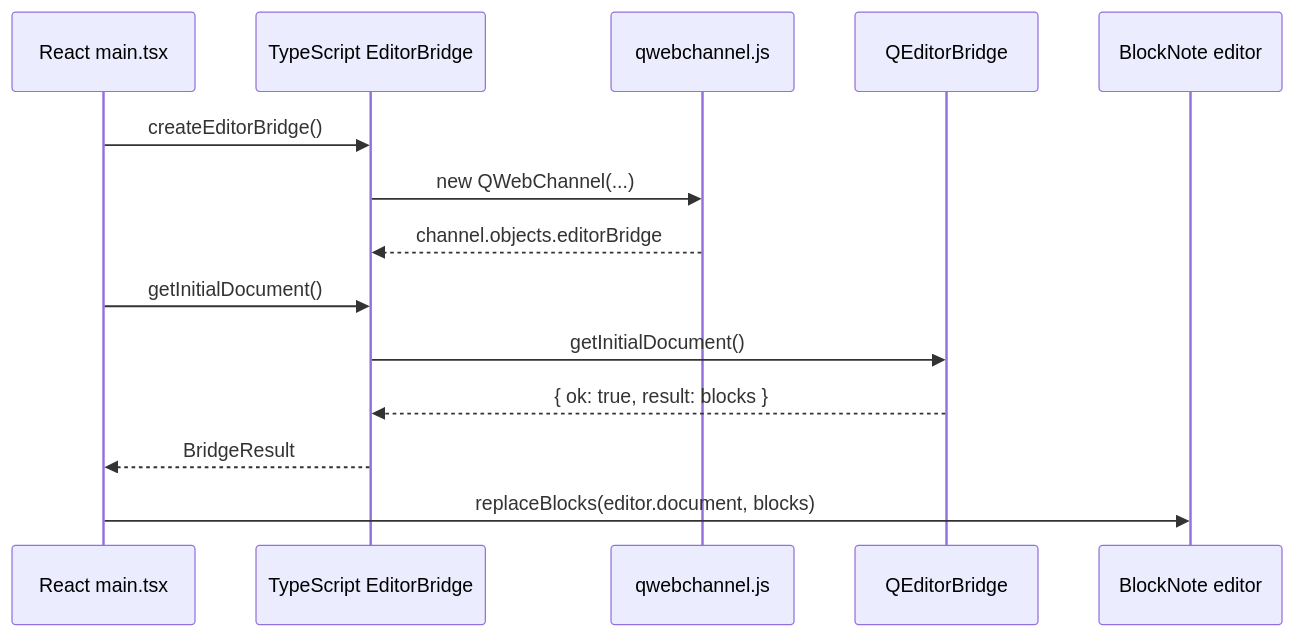
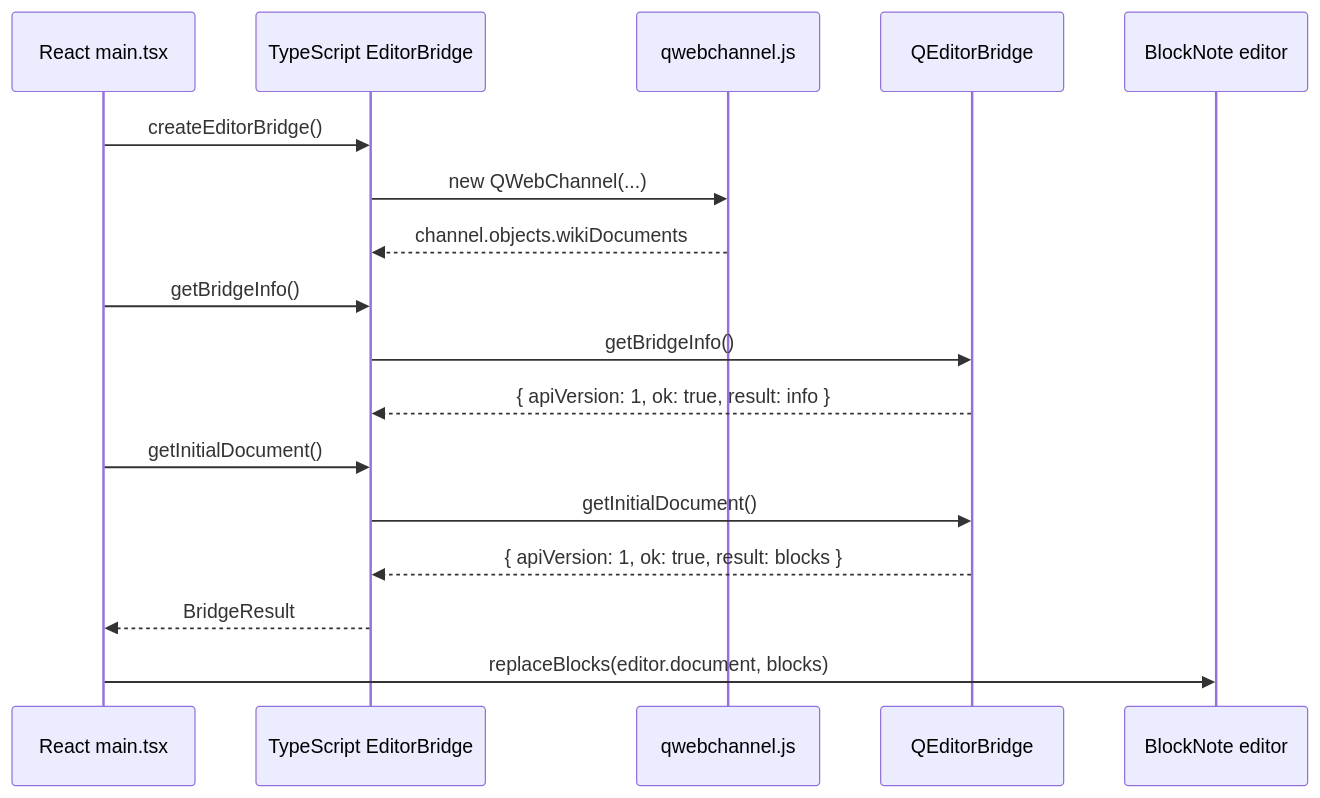
Before and after one commit to Artem535/CppWiki: the fifth of 9 diagrams in doc/architecture/QWebChannel_Editor_Bridge_Explained.md, drawn with Mermaid. The commit also changed other lines of this file and 4 other files, not shown here.

````diff
--- a/doc/architecture/QWebChannel_Editor_Bridge_Explained.md
+++ b/doc/architecture/QWebChannel_Editor_Bridge_Explained.md
@@ -201,17 +201,20 @@
 ```mermaid
 sequenceDiagram
   participant React as React main.tsx
   participant TsBridge as TypeScript EditorBridge
   participant QtJs as qwebchannel.js
   participant CppBridge as QEditorBridge
   participant BlockNote as BlockNote editor
 
   React->>TsBridge: createEditorBridge()
   TsBridge->>QtJs: new QWebChannel(...)
-  QtJs-->>TsBridge: channel.objects.editorBridge
+  QtJs-->>TsBridge: channel.objects.wikiDocuments
+  React->>TsBridge: getBridgeInfo()
+  TsBridge->>CppBridge: getBridgeInfo()
+  CppBridge-->>TsBridge: { apiVersion: 1, ok: true, result: info }
   React->>TsBridge: getInitialDocument()
   TsBridge->>CppBridge: getInitialDocument()
-  CppBridge-->>TsBridge: { ok: true, result: blocks }
+  CppBridge-->>TsBridge: { apiVersion: 1, ok: true, result: blocks }
   TsBridge-->>React: BridgeResult
   React->>BlockNote: replaceBlocks(editor.document, blocks)
 ```
````
